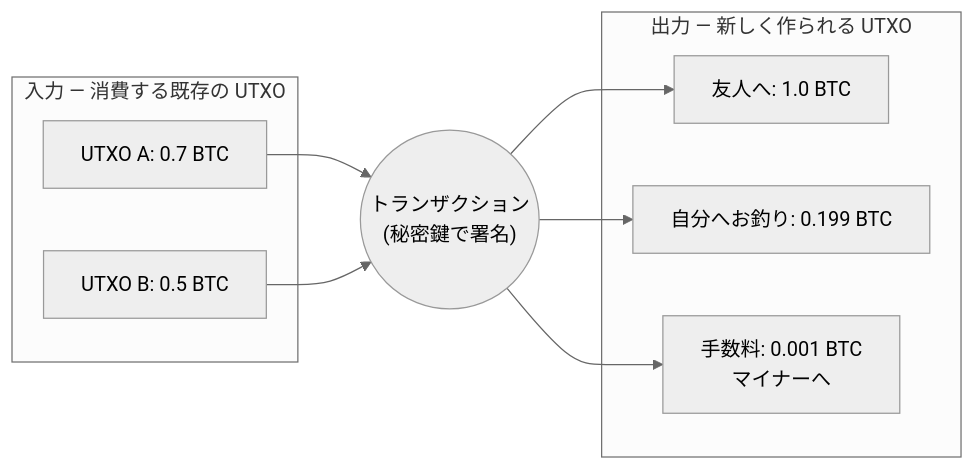
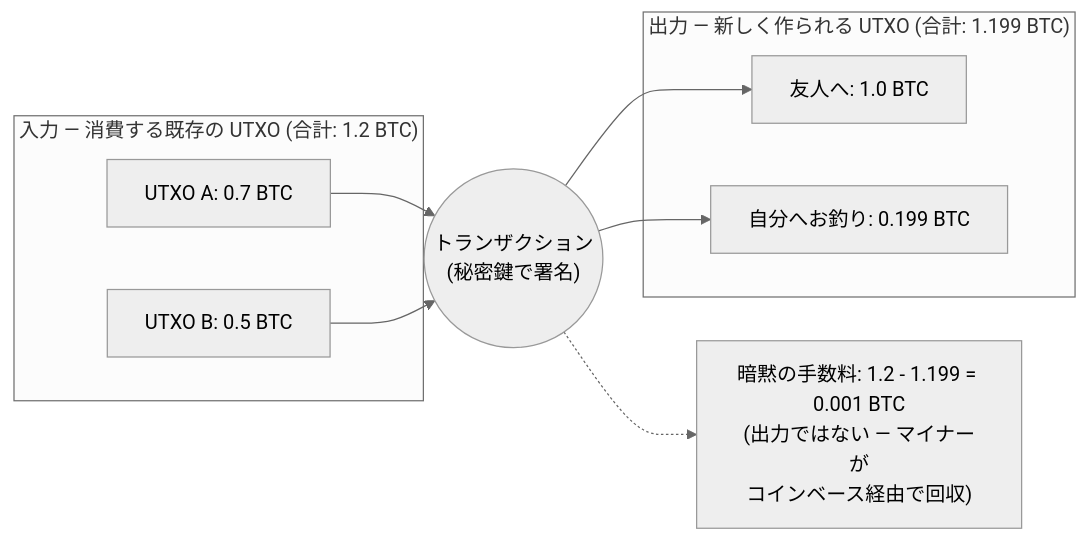
One commit to cypher256/BitcoinArchive changed the second of 10 diagrams in src/data/translations/ja/analysis/2026-05-23-how-bitcoin-works-visual-glossary.md. Above: the diagram before and after it, drawn with Mermaid (neutral theme). The commit also changed other lines of this file and 3 other files, not shown here.

First line of the commit message:
Mermaid labels: split per-diagram-type wrap policy + subgraph titles to single line

````diff
--- a/src/data/translations/ja/analysis/2026-05-23-how-bitcoin-works-visual-glossary.md
+++ b/src/data/translations/ja/analysis/2026-05-23-how-bitcoin-works-visual-glossary.md
@@ -132,18 +132,18 @@
 ```mermaid
 flowchart LR
-  subgraph Inputs[入力 ― 消費する既存の UTXO]
+  subgraph Inputs["入力 ― 消費する既存の UTXO (合計: 1.2 BTC)"]
     I1[UTXO A: 0.7 BTC]
     I2[UTXO B: 0.5 BTC]
   end
   TX(("トランザクション <br/> (秘密鍵で署名)"))
-  subgraph Outputs[出力 ― 新しく作られる UTXO]
+  subgraph Outputs["出力 ― 新しく作られる UTXO (合計: 1.199 BTC)"]
     O1[友人へ: 1.0 BTC]
     O2[自分へお釣り: 0.199 BTC]
-    F[手数料: 0.001 BTC <br/> マイナーへ]
   end
+  FEE["暗黙の手数料: 1.2 - 1.199 = 0.001 BTC<br/>(出力ではない ― マイナーが<br/>コインベース経由で回収)"]
   I1 --> TX
   I2 --> TX
   TX --> O1
   TX --> O2
-  TX --> F
+  TX -.-> FEE
 ```
````
